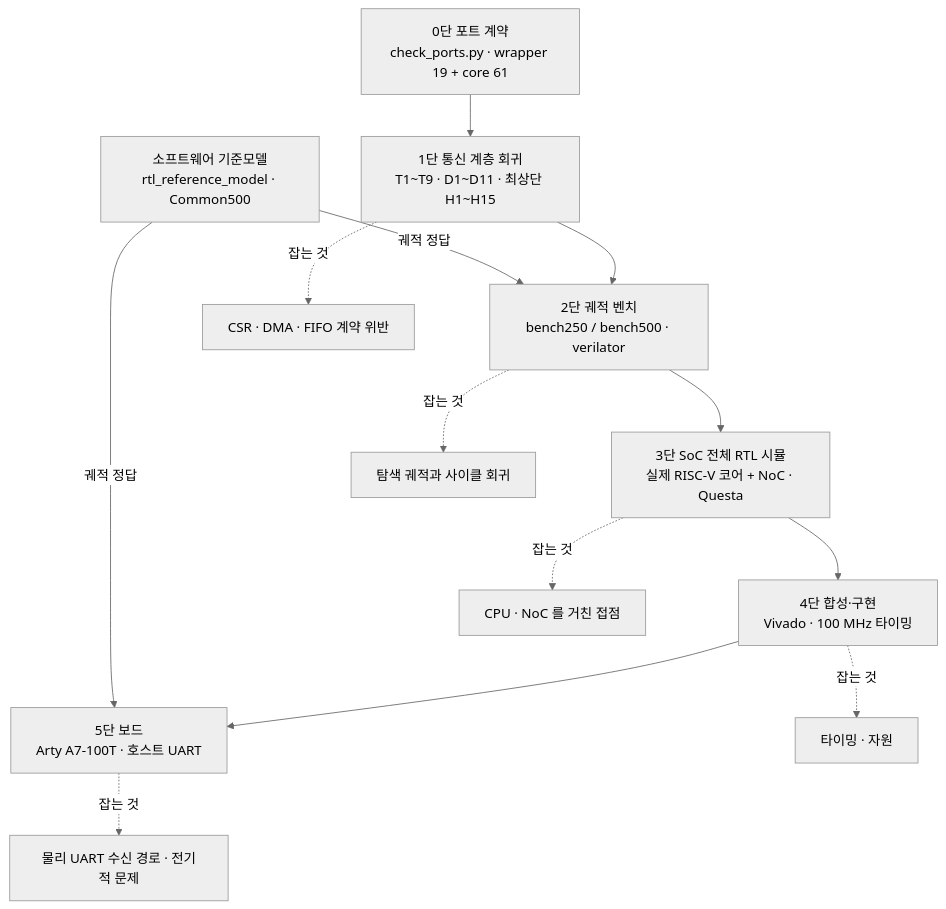
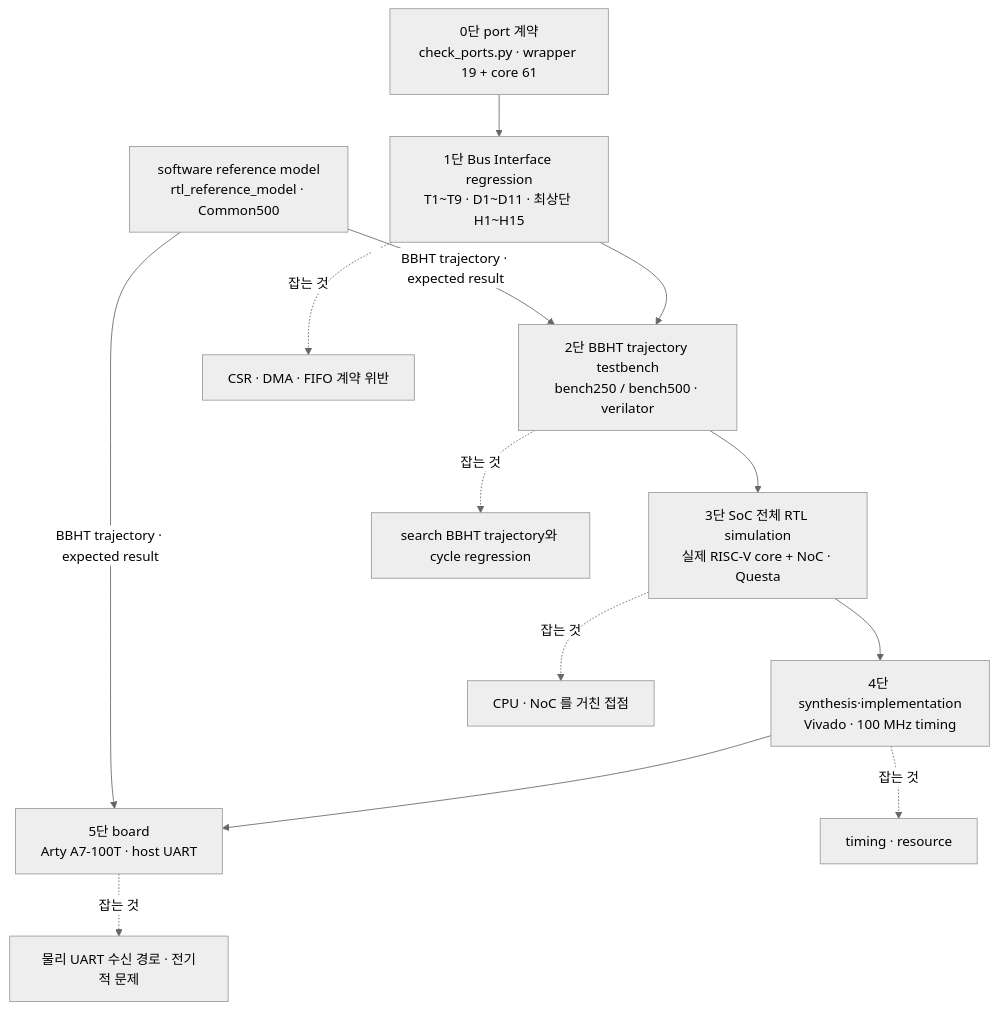
Before and after one commit to Git-Junsang/Quantum-Grover: the diagram in documents/design_references/diagrams/src/verification_layers.mmd, drawn with Mermaid (neutral theme). The commit also changed 3854 other files, not shown here.

```diff
--- a/documents/design_references/diagrams/src/verification_layers.mmd
+++ b/documents/design_references/diagrams/src/verification_layers.mmd
@@ -1,19 +1,19 @@
 flowchart TD
-    L0["0단 포트 계약<br/>check_ports.py · wrapper 19 + core 61"]
-    L1["1단 통신 계층 회귀<br/>T1~T9 · D1~D11 · 최상단 H1~H15"]
-    L2["2단 궤적 벤치<br/>bench250 / bench500 · verilator"]
-    L3["3단 SoC 전체 RTL 시뮬<br/>실제 RISC-V 코어 + NoC · Questa"]
-    L4["4단 합성·구현<br/>Vivado · 100 MHz 타이밍"]
-    L5["5단 보드<br/>Arty A7-100T · 호스트 UART"]
+    L0["0단 port 계약<br/>check_ports.py · wrapper 19 + core 61"]
+    L1["1단 Bus Interface regression<br/>T1~T9 · D1~D11 · 최상단 H1~H15"]
+    L2["2단 BBHT trajectory testbench<br/>bench250 / bench500 · verilator"]
+    L3["3단 SoC 전체 RTL simulation<br/>실제 RISC-V core + NoC · Questa"]
+    L4["4단 synthesis·implementation<br/>Vivado · 100 MHz timing"]
+    L5["5단 board<br/>Arty A7-100T · host UART"]
 
-    SW["소프트웨어 기준모델<br/>rtl_reference_model · Common500"]
+    SW["software reference model<br/>rtl_reference_model · Common500"]
 
     L0 --> L1 --> L2 --> L3 --> L4 --> L5
-    SW -->|"궤적 정답"| L2
-    SW -->|"궤적 정답"| L5
+    SW -->|"BBHT trajectory · expected result"| L2
+    SW -->|"BBHT trajectory · expected result"| L5
 
     L1 -.잡는 것.-> N1["CSR · DMA · FIFO 계약 위반"]
-    L2 -.잡는 것.-> N2["탐색 궤적과 사이클 회귀"]
+    L2 -.잡는 것.-> N2["search BBHT trajectory와 cycle regression"]
     L3 -.잡는 것.-> N3["CPU · NoC 를 거친 접점"]
-    L4 -.잡는 것.-> N4["타이밍 · 자원"]
+    L4 -.잡는 것.-> N4["timing · resource"]
     L5 -.잡는 것.-> N5["물리 UART 수신 경로 · 전기적 문제"]
```
